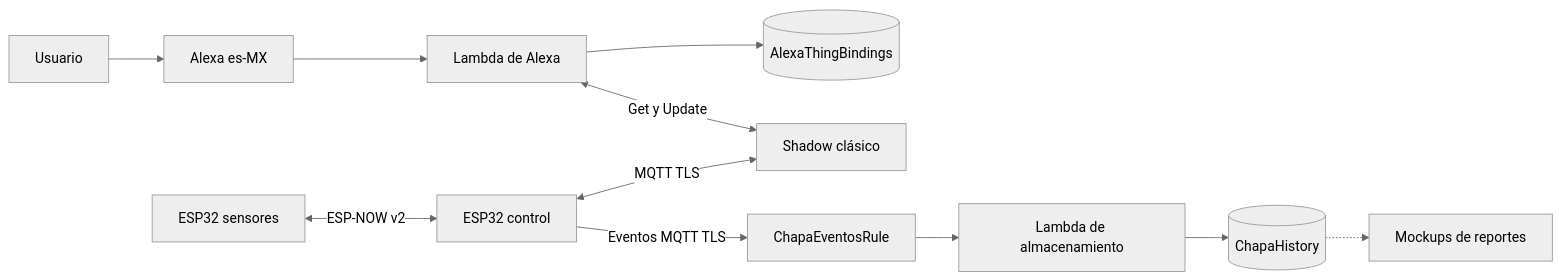
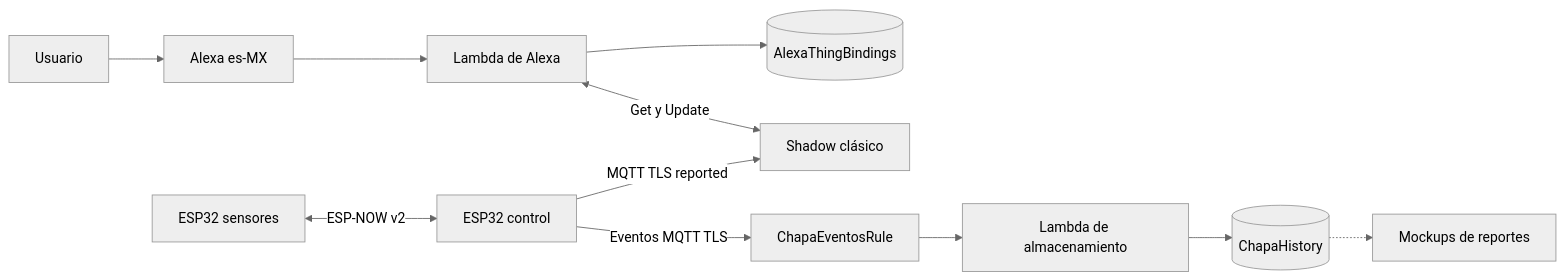
Before and after one commit to feliLuis/practica4PuertaInteligente: the second of 8 diagrams in docs/Practica-4.md, drawn with Mermaid (neutral theme). The commit also changed other lines of this file and 11 other files, not shown here.

```diff
--- a/docs/Practica-4.md
+++ b/docs/Practica-4.md
@@ -67,13 +67,13 @@
 ~~~mermaid
 flowchart LR
     U[Usuario] --> A[Alexa es-MX]
     A --> LA[Lambda de Alexa]
     LA --> B[(AlexaThingBindings)]
     LA <-->|Get y Update| SH[Shadow clásico]
-    C[ESP32 control] <-->|MQTT TLS| SH
+    C[ESP32 control] -->|MQTT TLS reported| SH
     N[ESP32 sensores] <-->|ESP-NOW v2| C
     C -->|Eventos MQTT TLS| R[ChapaEventosRule]
     R --> L[Lambda de almacenamiento]
     L --> D[(ChapaHistory)]
     D -.-> M[Mockups de reportes]
 ~~~
```
